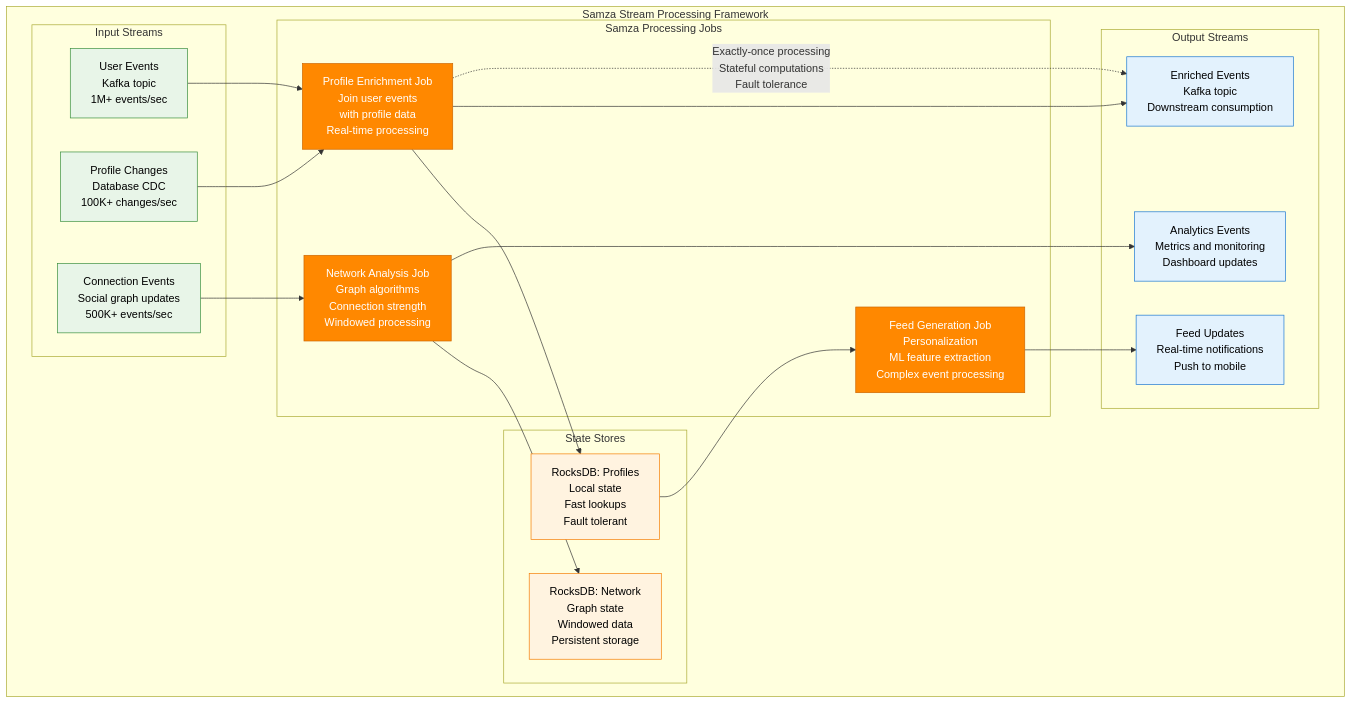
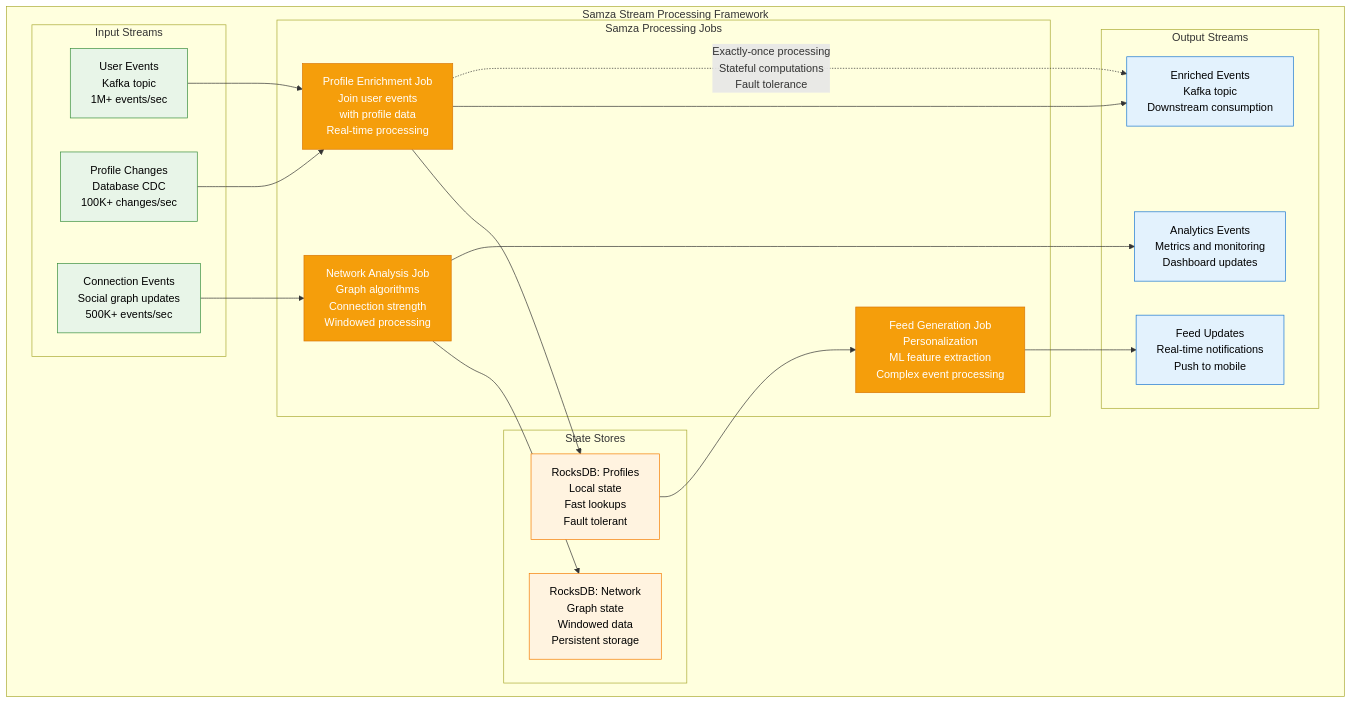
The eighth of 11 diagrams in site/docs/systems/linkedin/novel-solutions.md (deepaucksharma/DS), drawn with Mermaid before and after one commit. The commit also changed other lines of this file and 303 other files, not shown here.

````diff
--- a/site/docs/systems/linkedin/novel-solutions.md
+++ b/site/docs/systems/linkedin/novel-solutions.md
@@ -381,54 +381,54 @@
 ```mermaid
 graph TB
     subgraph SamzaArchitecture[Samza Stream Processing Framework]
         subgraph InputStreams[Input Streams]
             USER_EVENTS[User Events<br/>Kafka topic<br/>1M+ events/sec]
             PROFILE_CHANGES[Profile Changes<br/>Database CDC<br/>100K+ changes/sec]
             CONNECTION_EVENTS[Connection Events<br/>Social graph updates<br/>500K+ events/sec]
         end
 
         subgraph SamzaJobs[Samza Processing Jobs]
             PROFILE_ENRICHMENT[Profile Enrichment Job<br/>Join user events<br/>with profile data<br/>Real-time processing]
 
             NETWORK_ANALYSIS[Network Analysis Job<br/>Graph algorithms<br/>Connection strength<br/>Windowed processing]
 
             FEED_GENERATION[Feed Generation Job<br/>Personalization<br/>ML feature extraction<br/>Complex event processing]
         end
 
         subgraph StateStores[State Stores]
             ROCKSDB_PROFILES[RocksDB: Profiles<br/>Local state<br/>Fast lookups<br/>Fault tolerant]
             ROCKSDB_NETWORK[RocksDB: Network<br/>Graph state<br/>Windowed data<br/>Persistent storage]
         end
 
         subgraph OutputStreams[Output Streams]
             ENRICHED_EVENTS[Enriched Events<br/>Kafka topic<br/>Downstream consumption]
             FEED_UPDATES[Feed Updates<br/>Real-time notifications<br/>Push to mobile]
             ANALYTICS_EVENTS[Analytics Events<br/>Metrics and monitoring<br/>Dashboard updates]
         end
     end
 
     USER_EVENTS --> PROFILE_ENRICHMENT
     PROFILE_CHANGES --> PROFILE_ENRICHMENT
     CONNECTION_EVENTS --> NETWORK_ANALYSIS
 
     PROFILE_ENRICHMENT --> ROCKSDB_PROFILES
     NETWORK_ANALYSIS --> ROCKSDB_NETWORK
     ROCKSDB_PROFILES --> FEED_GENERATION
 
     PROFILE_ENRICHMENT --> ENRICHED_EVENTS
     FEED_GENERATION --> FEED_UPDATES
     NETWORK_ANALYSIS --> ANALYTICS_EVENTS
 
     %% Processing guarantees
     PROFILE_ENRICHMENT -.->|"Exactly-once processing<br/>Stateful computations<br/>Fault tolerance"| ENRICHED_EVENTS
 
     classDef inputStyle fill:#E8F5E8,stroke:#388E3C,color:#000
-    classDef jobStyle fill:#FF8800,stroke:#CC6600,color:#fff
+    classDef jobStyle fill:#F59E0B,stroke:#D97706,color:#fff
     classDef stateStyle fill:#FFF3E0,stroke:#F57C00,color:#000
     classDef outputStyle fill:#E3F2FD,stroke:#1976D2,color:#000
 
     class USER_EVENTS,PROFILE_CHANGES,CONNECTION_EVENTS inputStyle
     class PROFILE_ENRICHMENT,NETWORK_ANALYSIS,FEED_GENERATION jobStyle
     class ROCKSDB_PROFILES,ROCKSDB_NETWORK stateStyle
     class ENRICHED_EVENTS,FEED_UPDATES,ANALYTICS_EVENTS outputStyle
 ```
````
